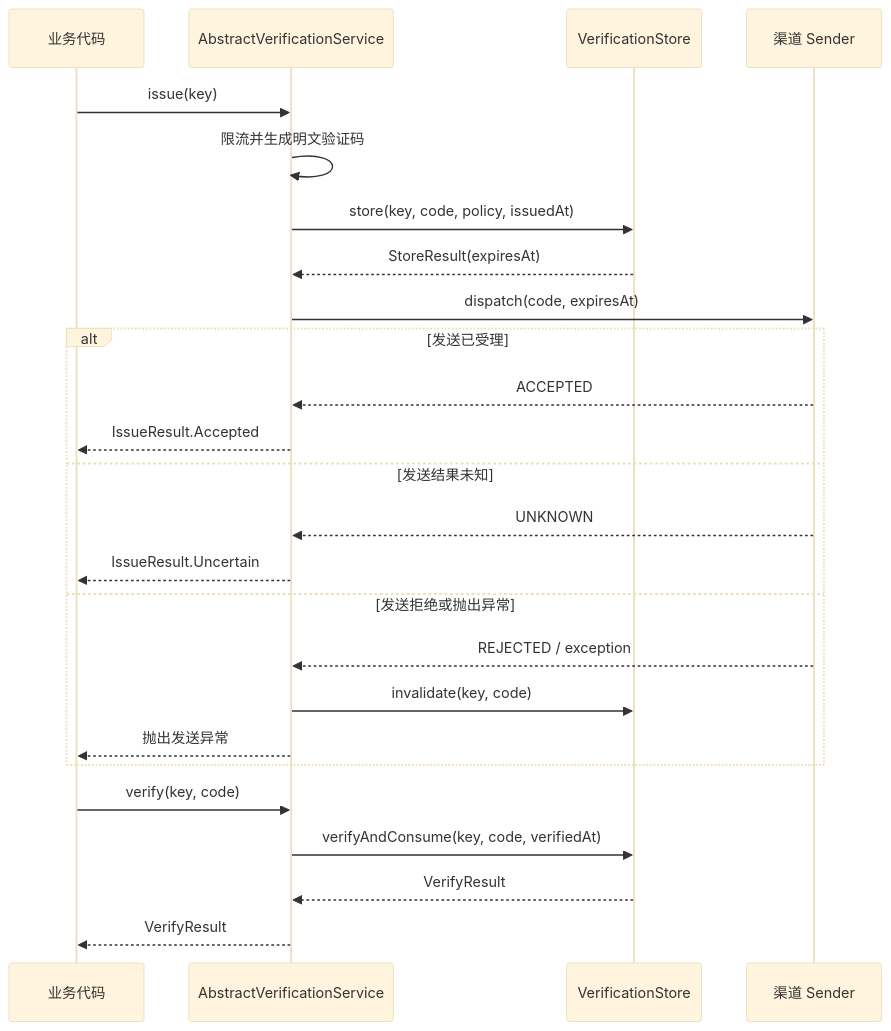
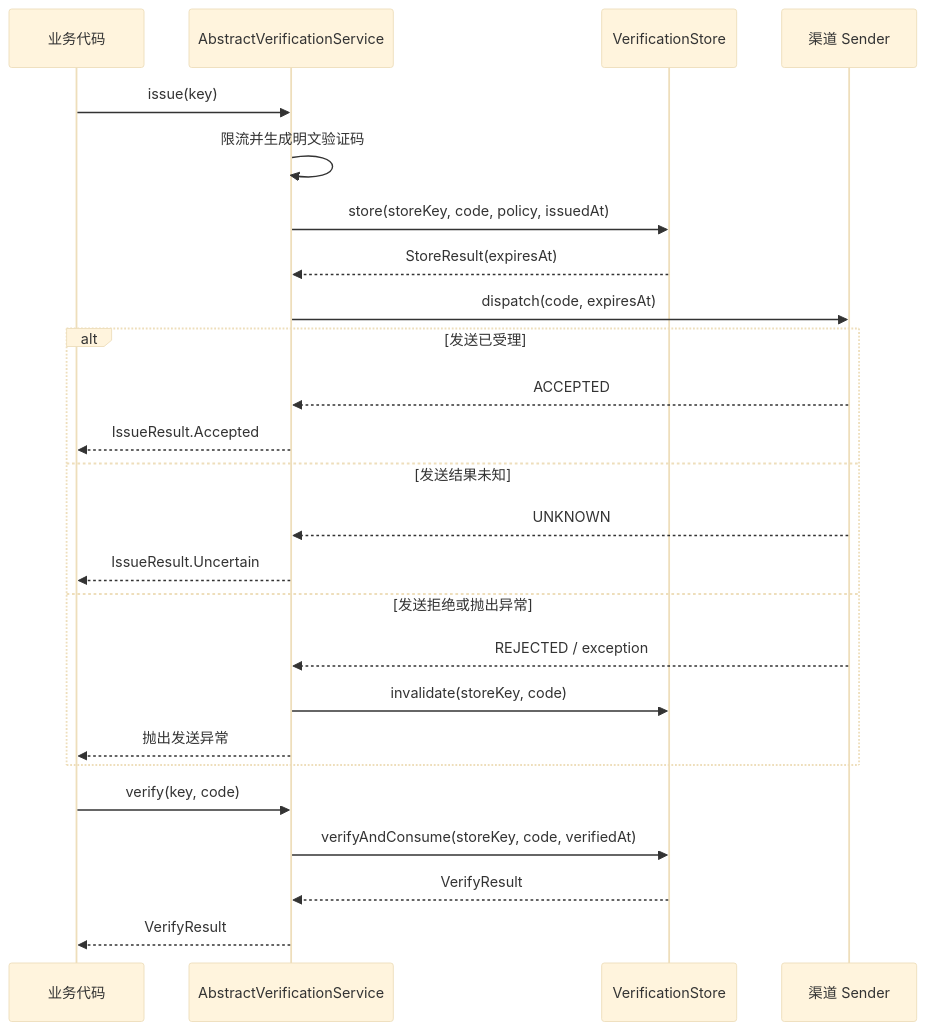
Before and after one commit to RingoTangs/ringo-boot: the second of 3 diagrams in ringo-boot-verification/src/main/java/io/github/ringotangs/ringoboot/verification/store/README.md, drawn with Mermaid (base theme). The commit also changed other lines of this file and 14 other files, not shown here.

First line of the commit message:
feat: Introduce VerificationStoreKey for channel-specific verification storage

````diff
--- a/ringo-boot-verification/src/main/java/io/github/ringotangs/ringoboot/verification/store/README.md
+++ b/ringo-boot-verification/src/main/java/io/github/ringotangs/ringoboot/verification/store/README.md
@@ -127,29 +127,29 @@
 ```mermaid
 sequenceDiagram
     participant App as 业务代码
     participant Service as AbstractVerificationService
     participant Store as VerificationStore
     participant Sender as 渠道 Sender
 
     App->>Service: issue(key)
     Service->>Service: 限流并生成明文验证码
-    Service->>Store: store(key, code, policy, issuedAt)
+    Service->>Store: store(storeKey, code, policy, issuedAt)
     Store-->>Service: StoreResult(expiresAt)
     Service->>Sender: dispatch(code, expiresAt)
     alt 发送已受理
         Sender-->>Service: ACCEPTED
         Service-->>App: IssueResult.Accepted
     else 发送结果未知
         Sender-->>Service: UNKNOWN
         Service-->>App: IssueResult.Uncertain
     else 发送拒绝或抛出异常
         Sender-->>Service: REJECTED / exception
-        Service->>Store: invalidate(key, code)
+        Service->>Store: invalidate(storeKey, code)
         Service-->>App: 抛出发送异常
     end
 
     App->>Service: verify(key, code)
-    Service->>Store: verifyAndConsume(key, code, verifiedAt)
+    Service->>Store: verifyAndConsume(storeKey, code, verifiedAt)
     Store-->>Service: VerifyResult
     Service-->>App: VerifyResult
 ```
````
